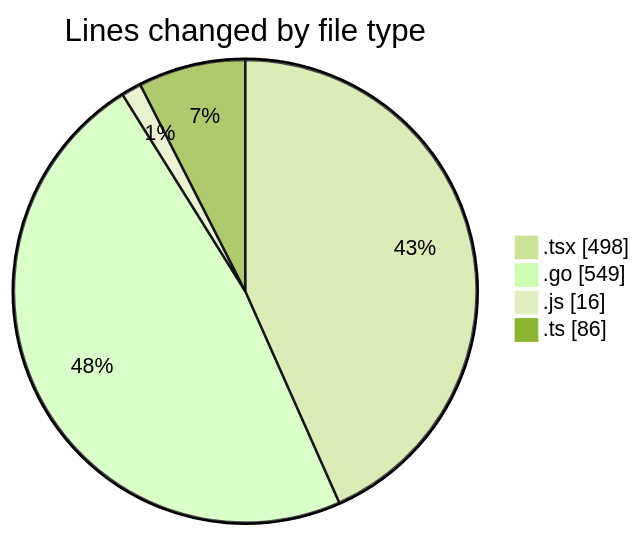
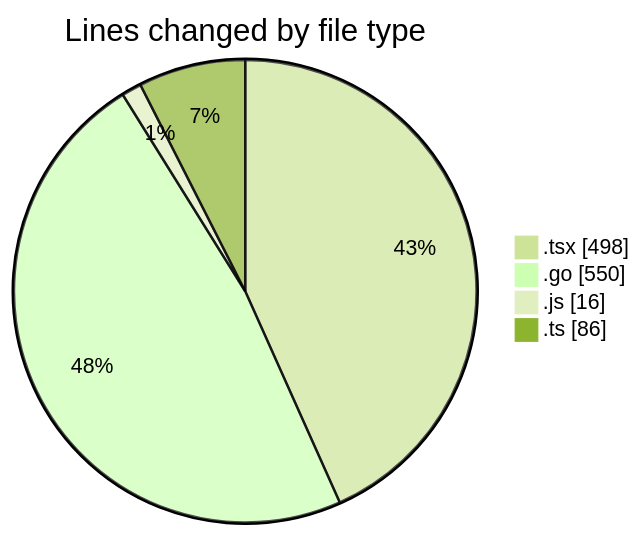
One commit to robertbonfada/code-tracking changed the first of 2 diagrams in 2025-03-04/termonied_testador/README.md. Above: the diagram before and after it, drawn with Mermaid (forest theme). The commit also changed other lines of this file and 1 other file, not shown here.

````diff
--- a/2025-03-04/termonied_testador/README.md
+++ b/2025-03-04/termonied_testador/README.md
@@ -26,8 +26,8 @@
 ```mermaid
 pie showData
 title Lines changed by file type
 ".tsx" : 498
-".go" : 549
+".go" : 550
 ".js" : 16
 ".ts" : 86
 ```
````
